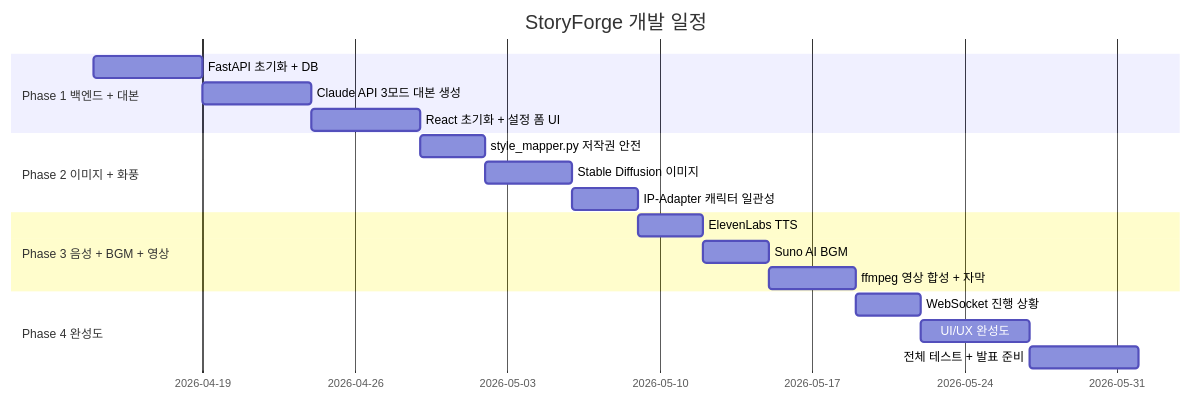
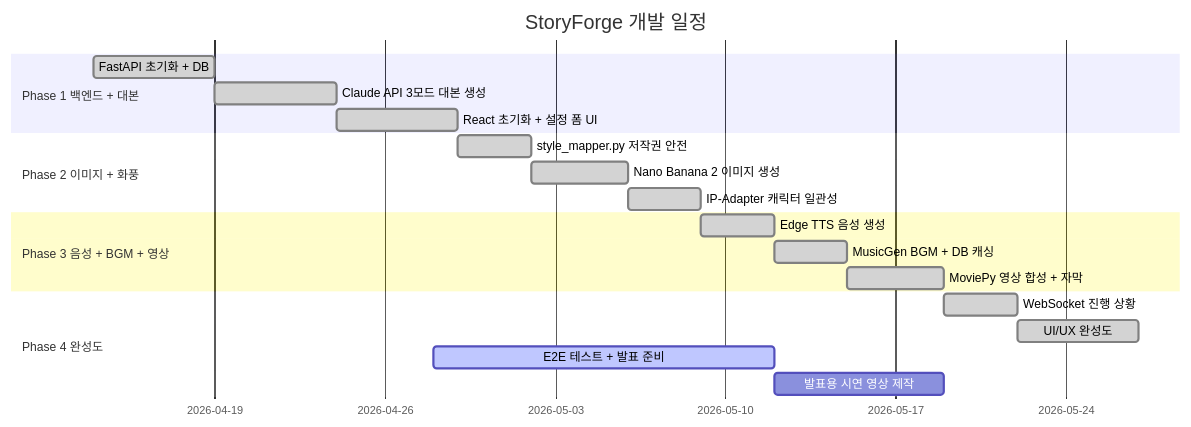
The seventh of 7 diagrams in README.md (Userlsj-project/storyforge), drawn with Mermaid before and after one commit. The commit also changed other lines of this file, not shown here.

````diff
--- a/README.md
+++ b/README.md
@@ -239,24 +243,25 @@
 ```mermaid
 gantt
     title StoryForge 개발 일정
     dateFormat  YYYY-MM-DD
     section Phase 1 백엔드 + 대본
-    FastAPI 초기화 + DB         :p1, 2026-04-14, 5d
-    Claude API 3모드 대본 생성   :p2, after p1, 5d
-    React 초기화 + 설정 폼 UI   :p3, after p2, 5d
+    FastAPI 초기화 + DB         :done, p1, 2026-04-14, 5d
+    Claude API 3모드 대본 생성   :done, p2, after p1, 5d
+    React 초기화 + 설정 폼 UI   :done, p3, after p2, 5d
 
     section Phase 2 이미지 + 화풍
-    style_mapper.py 저작권 안전  :p4, after p3, 3d
-    Stable Diffusion 이미지      :p5, after p4, 4d
-    IP-Adapter 캐릭터 일관성     :p6, after p5, 3d
+    style_mapper.py 저작권 안전  :done, p4, after p3, 3d
+    Nano Banana 2 이미지 생성    :done, p5, after p4, 4d
+    IP-Adapter 캐릭터 일관성     :done, p6, after p5, 3d
 
     section Phase 3 음성 + BGM + 영상
-    ElevenLabs TTS               :p7, after p6, 3d
-    Suno AI BGM                  :p8, after p7, 3d
-    ffmpeg 영상 합성 + 자막      :p9, after p8, 4d
+    Edge TTS 음성 생성           :done, p7, after p6, 3d
+    MusicGen BGM + DB 캐싱       :done, p8, after p7, 3d
+    MoviePy 영상 합성 + 자막     :done, p9, after p8, 4d
 
     section Phase 4 완성도
-    WebSocket 진행 상황          :p10, after p9, 3d
-    UI/UX 완성도                 :p11, after p10, 5d
-    전체 테스트 + 발표 준비      :p12, after p11, 5d
+    WebSocket 진행 상황          :done, p10, after p9, 3d
+    UI/UX 완성도                 :done, p11, after p10, 5d
+    E2E 테스트 + 발표 준비       :active, p12, 2026-04-28, 14d
+    발표용 시연 영상 제작         :p13, after p12, 7d
 ```
````
